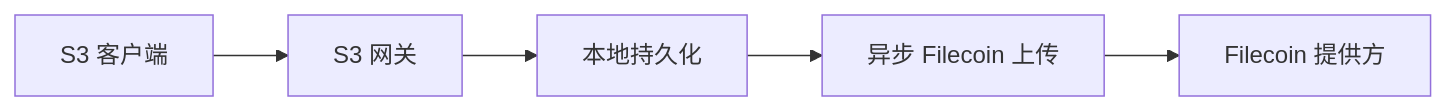
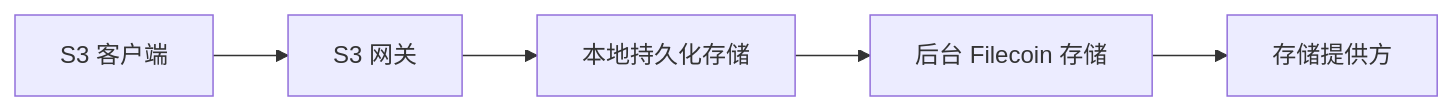
Before and after one commit to strahe/SynapS3: the diagram in docs/zh/concepts/architecture.md, drawn with Mermaid. The commit also changed other lines of this file and 37 other files, not shown here.

````diff
--- a/docs/zh/concepts/architecture.md
+++ b/docs/zh/concepts/architecture.md
@@ -12,10 +12,10 @@
 ```mermaid
 flowchart LR
   client["S3 客户端"]
   gateway["S3 网关"]
-  local["本地持久化"]
-  upload["异步 Filecoin 上传"]
-  providers["Filecoin 提供方"]
+  local["本地持久化存储"]
+  upload["后台 Filecoin 存储"]
+  providers["存储提供方"]
 
   client --> gateway --> local --> upload --> providers
 ```
````
